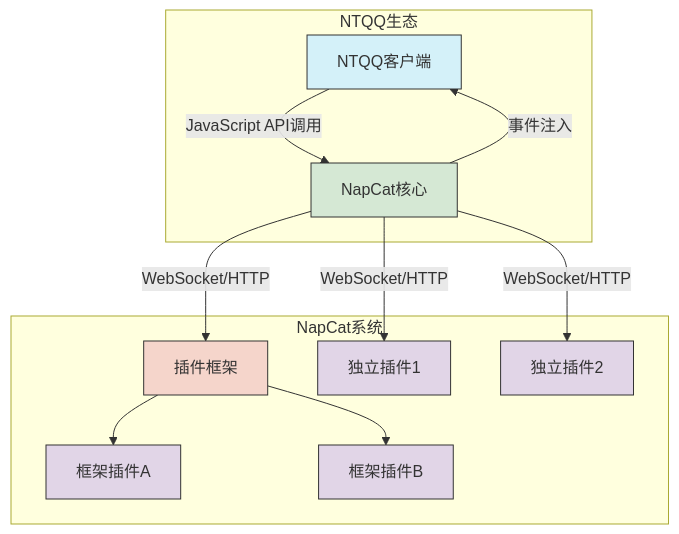
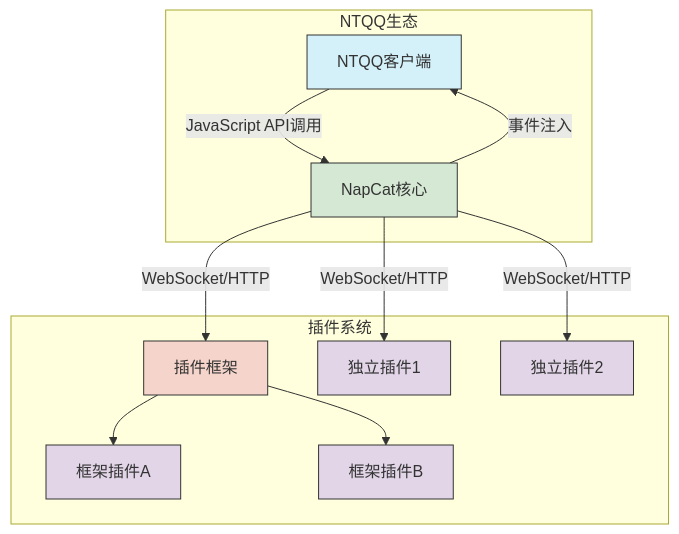
One commit to NapNeko/NapCatDocs changed the diagram in src/guide/napcat.md. Above: the diagram before and after it, drawn with Mermaid.

````diff
--- a/src/guide/napcat.md
+++ b/src/guide/napcat.md
@@ -20,27 +20,27 @@
 ```mermaid
 graph TD
     subgraph NTQQ生态
         NTQQ客户端 -- JavaScript API调用 --> NapCat核心
         NapCat核心 -- 事件注入 --> NTQQ客户端
     end
 
-    subgraph NapCat系统
+    subgraph 插件系统
         NapCat核心 -->|WebSocket/HTTP| 插件框架
         NapCat核心 -->|WebSocket/HTTP| 独立插件1
         NapCat核心 -->|WebSocket/HTTP| 独立插件2
         
         插件框架 --> 框架插件A
         插件框架 --> 框架插件B
     end
 
     classDef client fill:#d4f1f9,stroke:#333;
     classDef core fill:#d5e8d4,stroke:#333;
     classDef framework fill:#f5d5cb,stroke:#333;
     classDef plugin fill:#e1d5e7,stroke:#333;
     
     class NTQQ客户端 client;
     class NapCat核心 core;
     class 插件框架 framework;
     class 独立插件1,独立插件2,框架插件A,框架插件B plugin;
 
 ```
````
